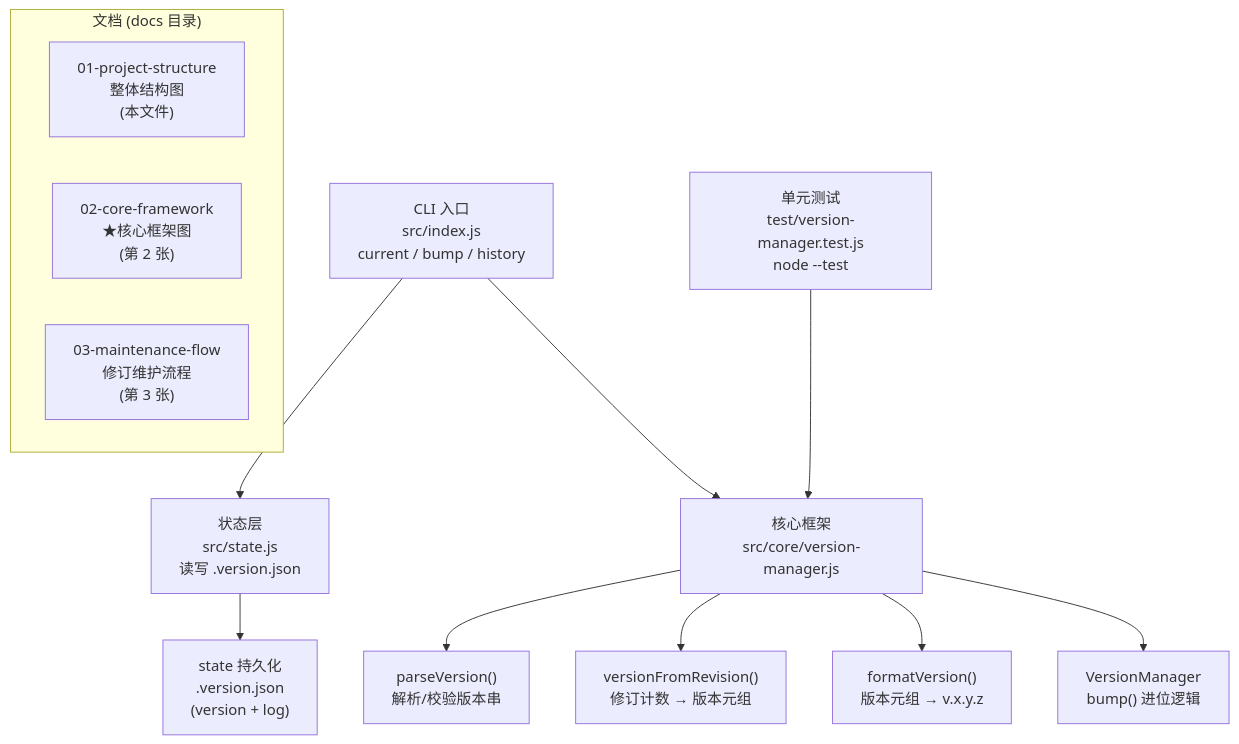
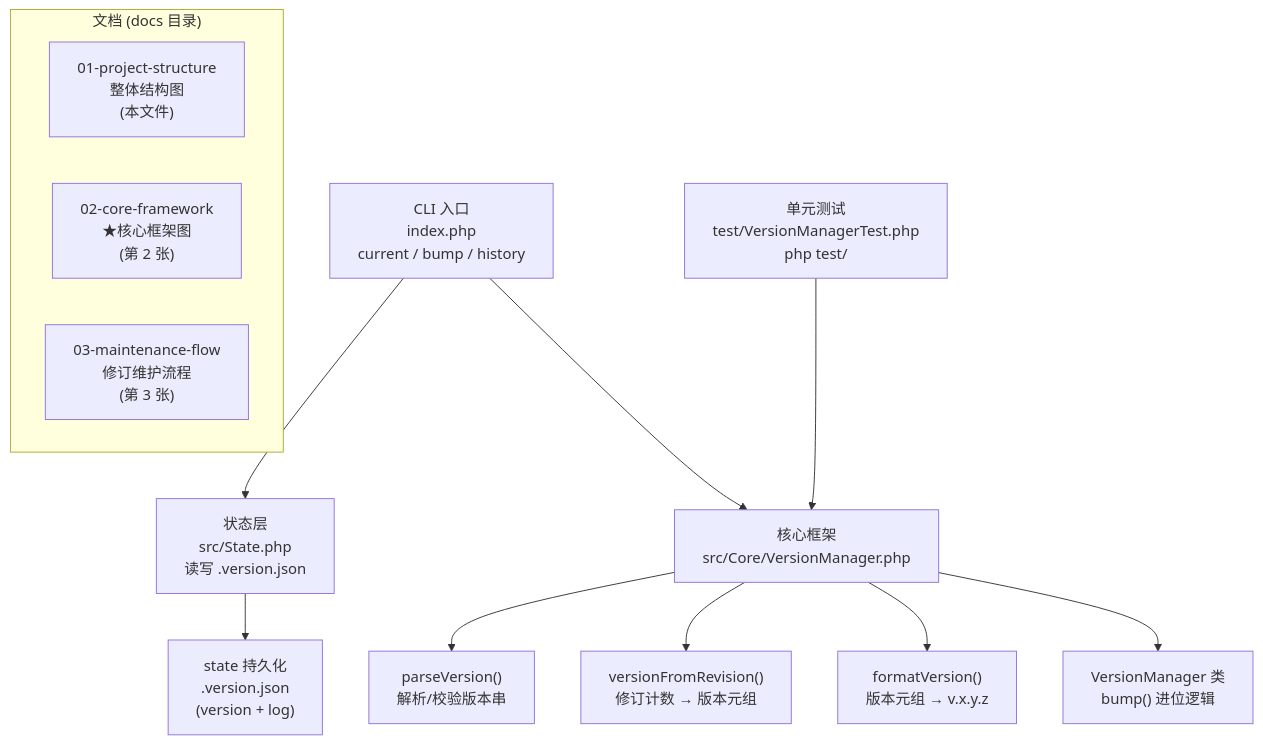
The diagram in moxigti/docs/01-project-structure.md (ssmhdssmhd/qcb), drawn with Mermaid before and after one commit. The commit also changed other lines of this file and 14 other files, not shown here.

````diff
--- a/moxigti/docs/01-project-structure.md
+++ b/moxigti/docs/01-project-structure.md
@@ -8,20 +8,20 @@
 ```mermaid
 graph TD
-    CLI["CLI 入口</br>src/index.js</br>current / bump / history"] --> STATE["状态层</br>src/state.js</br>读写 .version.json"]
-    CLI --> CORE["核心框架</br>src/core/version-manager.js"]
+    CLI["CLI 入口<br>index.php<br>current / bump / history"] --> STATE["状态层<br>src/State.php<br>读写 .version.json"]
+    CLI --> CORE["核心框架<br>src/Core/VersionManager.php"]
 
-    CORE --> PARSE["parseVersion()</br>解析/校验版本串"]
-    CORE --> REV["versionFromRevision()</br>修订计数 → 版本元组"]
-    CORE --> FMT["formatVersion()</br>版本元组 → v.x.y.z"]
-    CORE --> MGR["VersionManager</br>bump() 进位逻辑"]
+    CORE --> PARSE["parseVersion()<br>解析/校验版本串"]
+    CORE --> REV["versionFromRevision()<br>修订计数 → 版本元组"]
+    CORE --> FMT["formatVersion()<br>版本元组 → v.x.y.z"]
+    CORE --> MGR["VersionManager 类<br>bump() 进位逻辑"]
 
-    STATE --> STORE["state 持久化</br>.version.json</br>(version + log)"]
+    STATE --> STORE["state 持久化<br>.version.json<br>(version + log)"]
 
-    TEST["单元测试</br>test/version-manager.test.js</br>node --test"] --> CORE
+    TEST["单元测试<br>test/VersionManagerTest.php<br>php test/"] --> CORE
 
     subgraph DOCS["文档 (docs 目录)"]
-        S1["01-project-structure</br>整体结构图</br>(本文件)"]
-        S2["02-core-framework</br>★核心框架图</br>(第 2 张)"]
-        S3["03-maintenance-flow</br>修订维护流程</br>(第 3 张)"]
+        S1["01-project-structure<br>整体结构图<br>(本文件)"]
+        S2["02-core-framework<br>★核心框架图<br>(第 2 张)"]
+        S3["03-maintenance-flow<br>修订维护流程<br>(第 3 张)"]
     end
 ```
````
